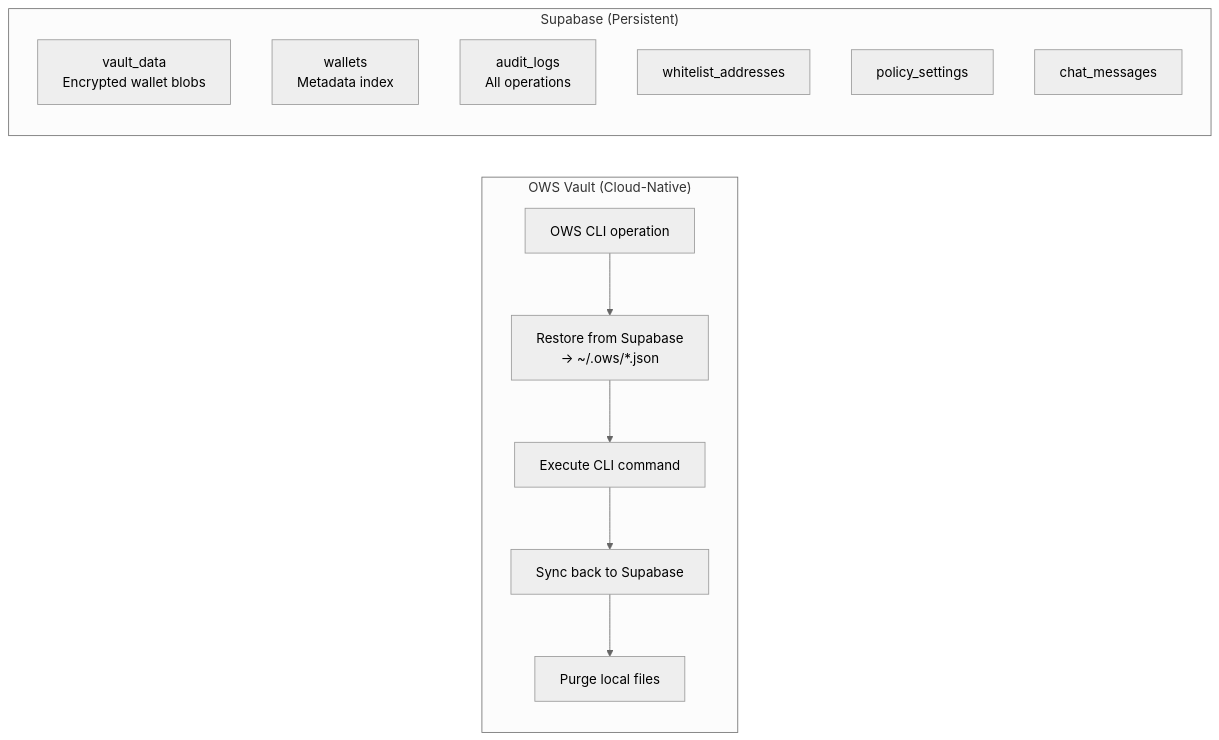
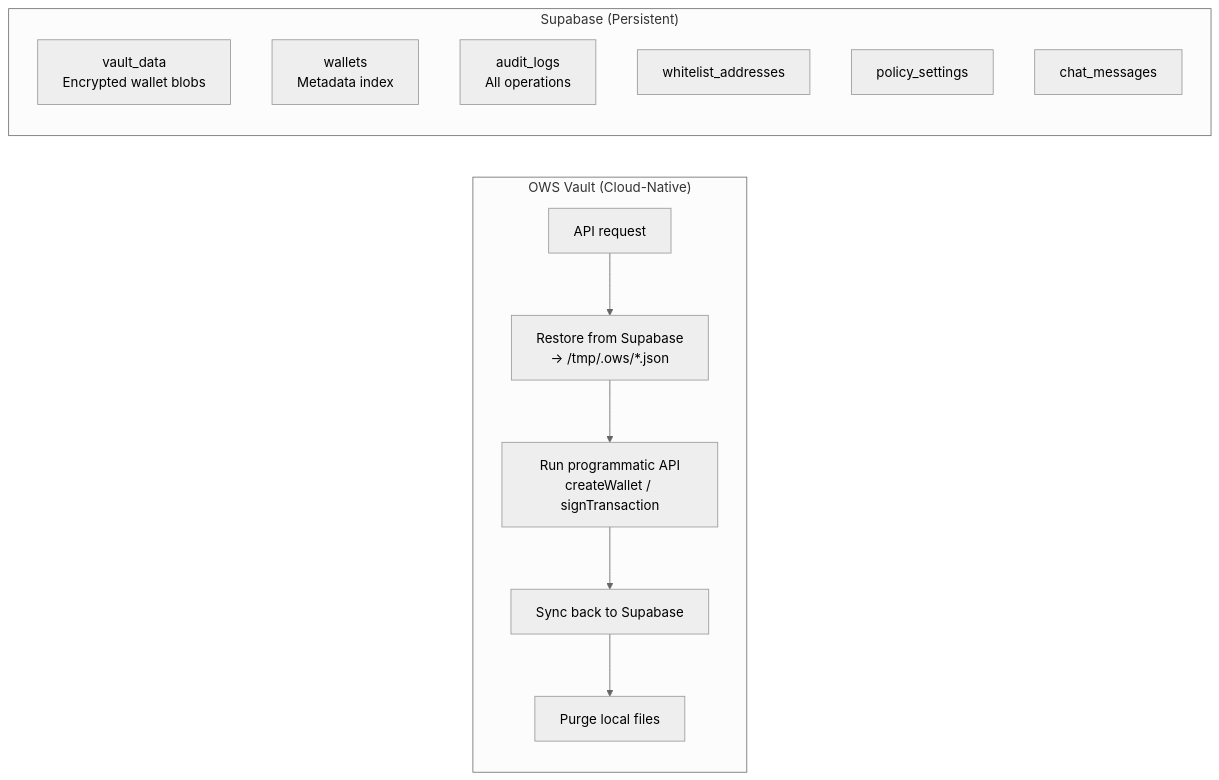
Before and after one commit to dnebayis/OWSTreasury: the third of 3 diagrams in README.md, drawn with Mermaid (neutral theme). The commit also changed other lines of this file and 2 other files, not shown here.

````diff
--- a/README.md
+++ b/README.md
@@ -71,19 +71,19 @@
 ```mermaid
 flowchart LR
     subgraph "OWS Vault (Cloud-Native)"
         direction TB
-        A["OWS CLI operation"] --> B["Restore from Supabase\n→ ~/.ows/*.json"]
-        B --> C["Execute CLI command"]
+        A["API request"] --> B["Restore from Supabase\n→ /tmp/.ows/*.json"]
+        B --> C["Run programmatic API\ncreateWallet / signTransaction"]
         C --> D["Sync back to Supabase"]
         D --> E["Purge local files"]
     end
 
     subgraph "Supabase (Persistent)"
         V["vault_data\nEncrypted wallet blobs"]
         W["wallets\nMetadata index"]
         AL["audit_logs\nAll operations"]
         WL["whitelist_addresses"]
         PS["policy_settings"]
         CM["chat_messages"]
     end
 ```
````
